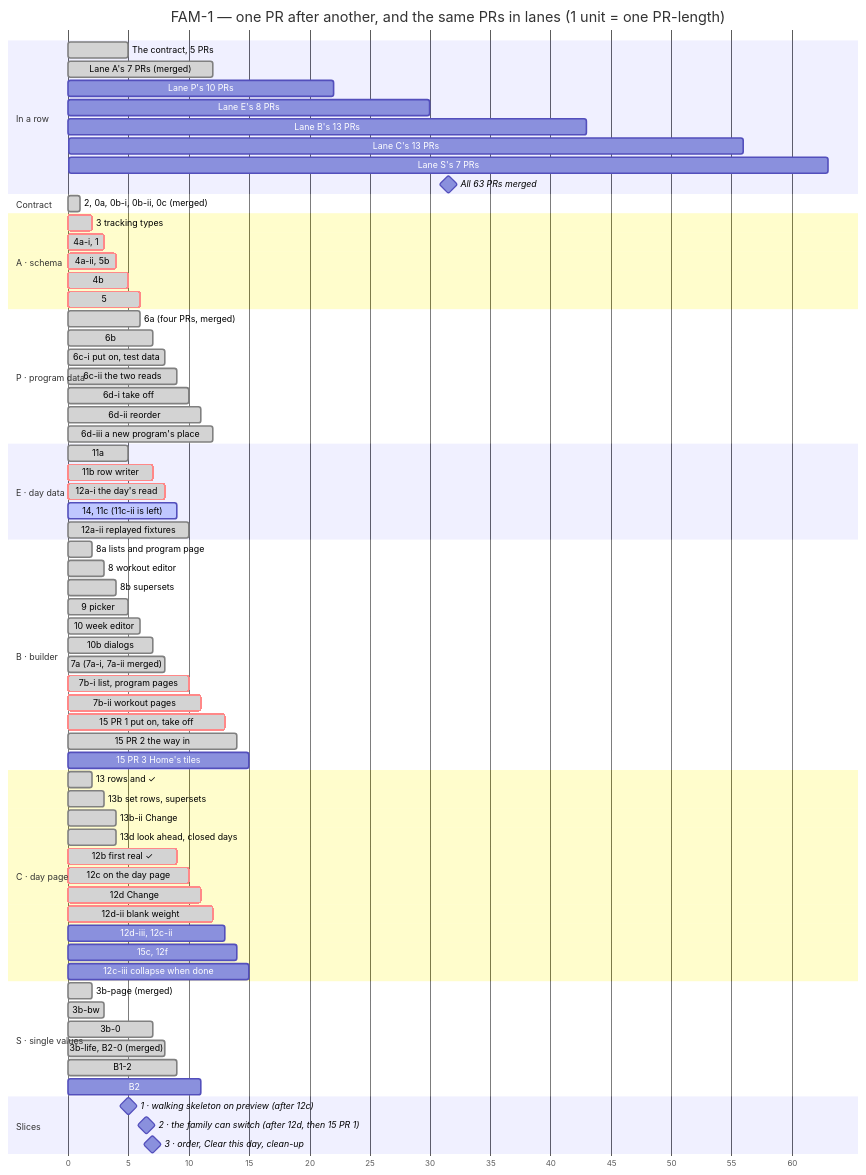
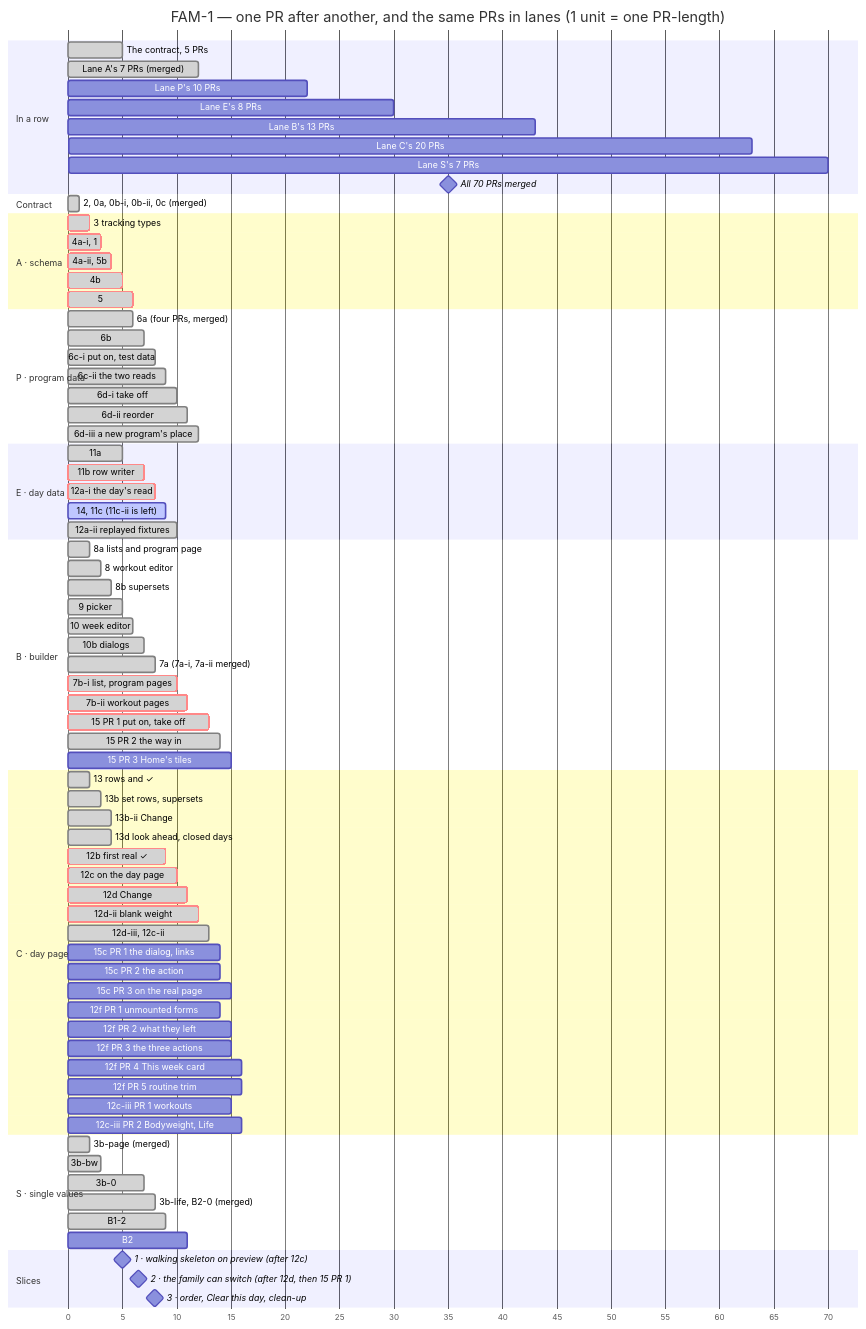
The second of 2 diagrams in docs/milestones/fam-1-family-program.md (ralamode/mat-plan), drawn with Mermaid before and after one commit. The commit also changed other lines of this file and 8 other files, not shown here.

First line of the commit message:
chore(fam-1): three plans approved; the reorder list is capped at 50; the milestone counts 57 of 70 (#709)

````diff
--- a/docs/milestones/fam-1-family-program.md
+++ b/docs/milestones/fam-1-family-program.md
@@ -270,9 +270,9 @@
   Lane P's 10 PRs              :r2, 12, 22
   Lane E's 8 PRs               :r3, 22, 30
   Lane B's 13 PRs              :r4, 30, 43
-  Lane C's 13 PRs              :r5, 43, 56
-  Lane S's 7 PRs               :r6, 56, 63
-  All 63 PRs merged            :milestone, rm, 63, 63
+  Lane C's 20 PRs              :r5, 43, 63
+  Lane S's 7 PRs               :r6, 63, 70
+  All 70 PRs merged            :milestone, rm, 70, 70
 
   section Contract
   2, 0a, 0b-i, 0b-ii, 0c (merged) :done, c0, 0, 1
@@ -323,9 +323,17 @@
   12c on the day page          :crit, done, c5, 9, 10
   12d Change                   :crit, done, c6, 10, 11
   12d-ii blank weight          :crit, done, c6b, 11, 12
-  12d-iii, 12c-ii              :c6c, 12, 13
-  15c, 12f                     :c7, 13, 14
-  12c-iii collapse when done   :c8, 14, 15
+  12d-iii, 12c-ii              :done, c6c, 12, 13
+  15c PR 1 the dialog, links   :c7a, 13, 14
+  15c PR 2 the action          :c7b, 13, 14
+  15c PR 3 on the real page    :c7c, 14, 15
+  12f PR 1 unmounted forms     :c9a, 13, 14
+  12f PR 2 what they left      :c9b, 14, 15
+  12f PR 3 the three actions   :c9c, 14, 15
+  12f PR 4 This week card      :c9d, 15, 16
+  12f PR 5 routine trim        :c9e, 15, 16
+  12c-iii PR 1 workouts        :c8a, 14, 15
+  12c-iii PR 2 Bodyweight, Life :c8b, 15, 16
 
   section S · single values
   3b-page (merged)             :done, s1, 1, 2
@@ -338,5 +346,5 @@
   section Slices
   1 · walking skeleton on preview (after 12c) :milestone, m1, 10, 10
   2 · the family can switch (after 12d, then 15 PR 1) :milestone, m2, 13, 13
-  3 · order, Clear this day, clean-up         :milestone, m3, 14, 14
+  3 · order, Clear this day, clean-up         :milestone, m3, 16, 16
 ```
````
